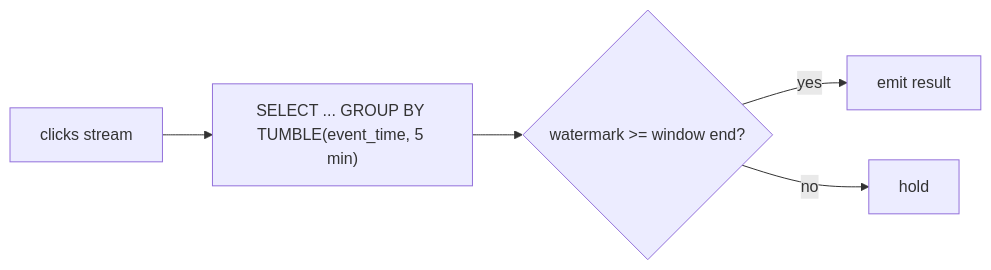
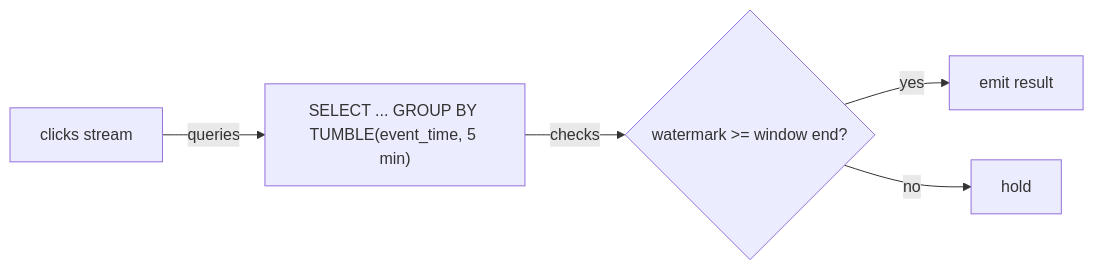
One commit to vinayakuber/streaming-systems-study-guide changed diagram 11 of 19 in docs/ch08-streaming-sql.md. Above: the diagram before and after it, drawn with Mermaid. The commit also changed other lines of this file and 22 other files, not shown here.

First line of the commit message:
R18: label every diagram arrow with its meaning

````diff
--- a/docs/ch08-streaming-sql.md
+++ b/docs/ch08-streaming-sql.md
@@ -292,7 +292,7 @@
 ```mermaid
 flowchart LR
-  C["clicks stream"] --> Q["SELECT ... GROUP BY TUMBLE(event_time, 5 min)"]
-  Q --> W{watermark >= window end?}
+  C["clicks stream"] -->|"queries"| Q["SELECT ... GROUP BY TUMBLE(event_time, 5 min)"]
+  Q -->|"checks"| W{watermark >= window end?}
   W -->|yes| E[emit result]
   W -->|no| H[hold]
 ```
````
